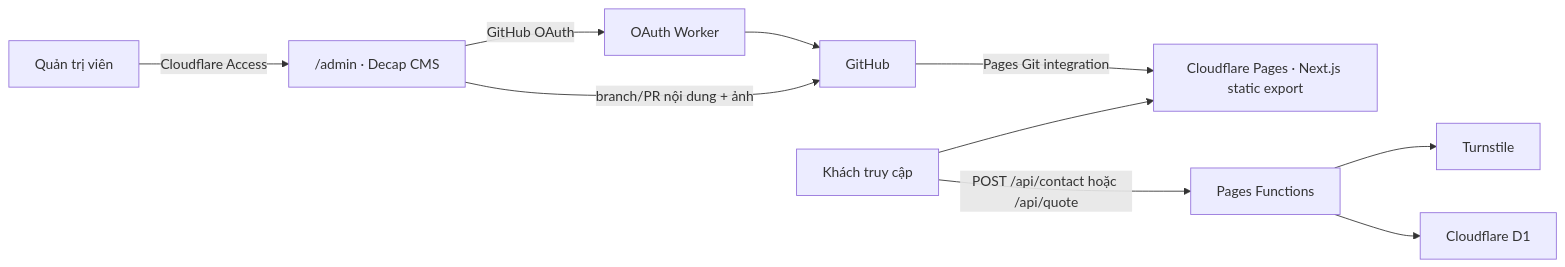
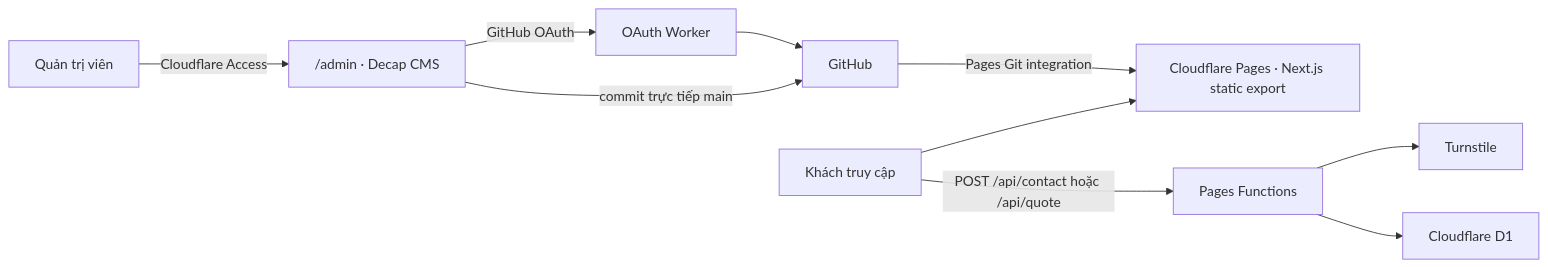
The diagram in docs/ARCHITECTURE.md (nkhaduy/tungphat), drawn with Mermaid before and after one commit. The commit also changed other lines of this file and 10 other files, not shown here.

````diff
--- a/docs/ARCHITECTURE.md
+++ b/docs/ARCHITECTURE.md
@@ -7,12 +7,12 @@
 ```mermaid
 flowchart LR
   A["Quản trị viên"] -->|"Cloudflare Access"| B["/admin · Decap CMS"]
   B -->|"GitHub OAuth"| C["OAuth Worker"]
   C --> D["GitHub"]
-  B -->|"branch/PR nội dung + ảnh"| D
+  B -->|"commit trực tiếp main"| D
   D -->|"Pages Git integration"| E["Cloudflare Pages · Next.js static export"]
   F["Khách truy cập"] --> E
   F -->|"POST /api/contact hoặc /api/quote"| G["Pages Functions"]
   G --> H["Turnstile"]
   G --> I["Cloudflare D1"]
 ```
````
